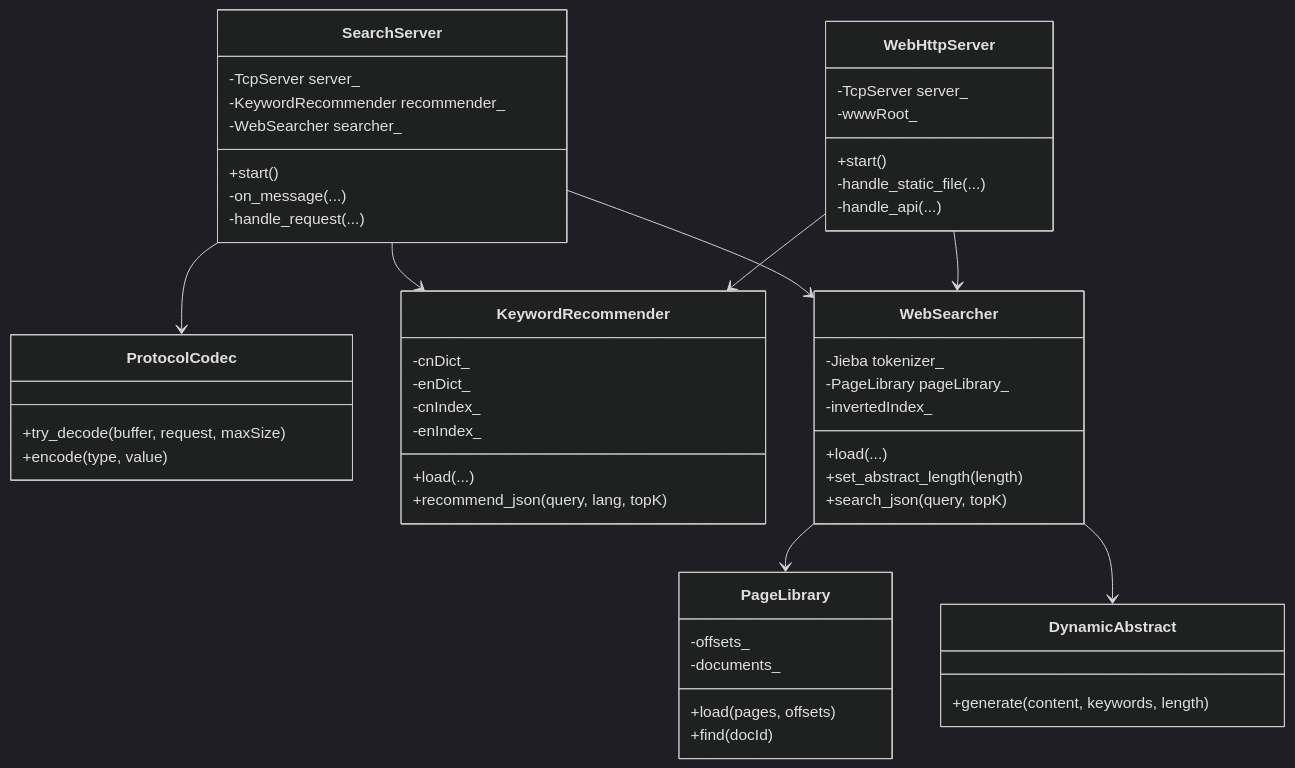
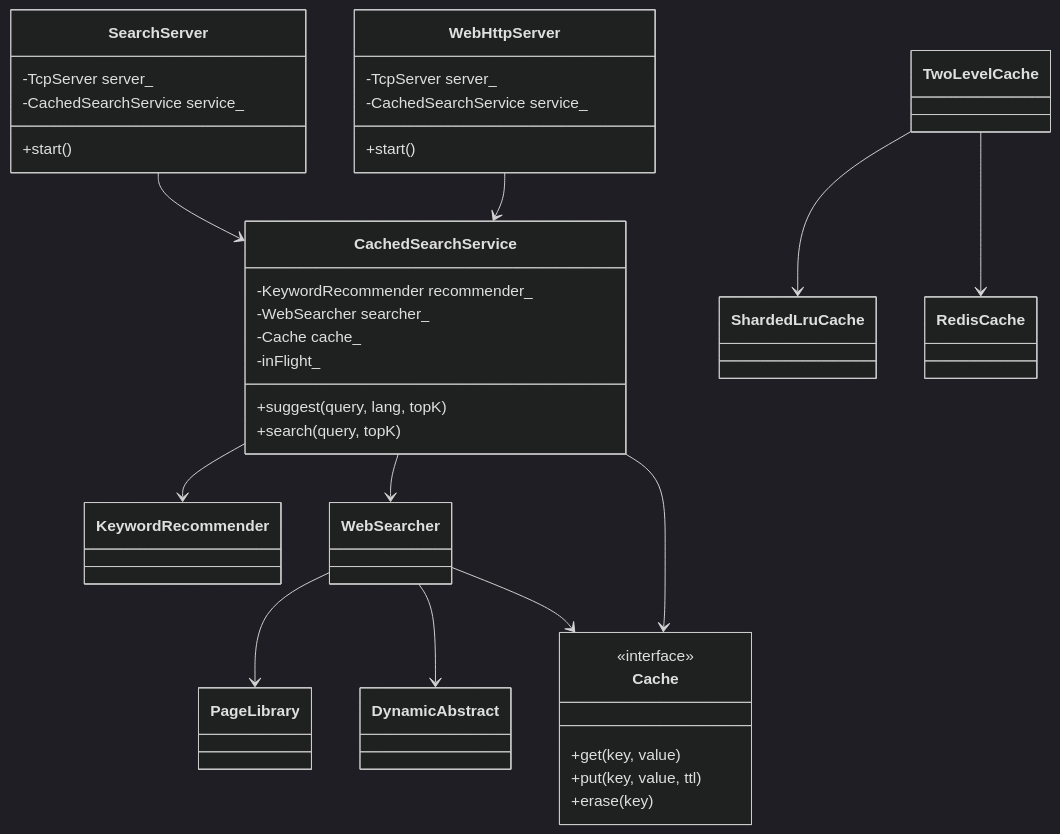
One commit to dijk4tra/Cpp_Advanced changed the fifth of 11 diagrams in 课件/07_搜索引擎项目/03_SearchEngine_V3/README.md. Above: the diagram before and after it, drawn with Mermaid (dark theme). The commit also changed other lines of this file and 80 other files, not shown here.

````diff
--- a/课件/07_搜索引擎项目/03_SearchEngine_V3/README.md
+++ b/课件/07_搜索引擎项目/03_SearchEngine_V3/README.md
@@ -398,61 +484,49 @@
 ```mermaid
 classDiagram
     class SearchServer {
         -TcpServer server_
-        -KeywordRecommender recommender_
-        -WebSearcher searcher_
+        -CachedSearchService service_
         +start()
-        -on_message(...)
-        -handle_request(...)
-    }
-
-    class ProtocolCodec {
-        +try_decode(buffer, request, maxSize)
-        +encode(type, value)
-    }
-
-    class KeywordRecommender {
-        -cnDict_
-        -enDict_
-        -cnIndex_
-        -enIndex_
-        +load(...)
-        +recommend_json(query, lang, topK)
-    }
-
-    class WebSearcher {
-        -Jieba tokenizer_
-        -PageLibrary pageLibrary_
-        -invertedIndex_
-        +load(...)
-        +set_abstract_length(length)
-        +search_json(query, topK)
-    }
-
-    class PageLibrary {
-        -offsets_
-        -documents_
-        +load(pages, offsets)
-        +find(docId)
-    }
-
-    class DynamicAbstract {
-        +generate(content, keywords, length)
     }
 
     class WebHttpServer {
         -TcpServer server_
-        -wwwRoot_
+        -CachedSearchService service_
         +start()
-        -handle_static_file(...)
-        -handle_api(...)
     }
 
-    SearchServer --> ProtocolCodec
-    SearchServer --> KeywordRecommender
-    SearchServer --> WebSearcher
-    WebHttpServer --> KeywordRecommender
-    WebHttpServer --> WebSearcher
+    class CachedSearchService {
+        -KeywordRecommender recommender_
+        -WebSearcher searcher_
+        -Cache cache_
+        -inFlight_
+        +suggest(query, lang, topK)
+        +search(query, topK)
+    }
+
+    class Cache {
+        <<interface>>
+        +get(key, value)
+        +put(key, value, ttl)
+        +erase(key)
+    }
+
+    class ShardedLruCache
+    class RedisCache
+    class TwoLevelCache
+    class KeywordRecommender
+    class WebSearcher
+    class PageLibrary
+    class DynamicAbstract
+
+    SearchServer --> CachedSearchService
+    WebHttpServer --> CachedSearchService
+    CachedSearchService --> KeywordRecommender
+    CachedSearchService --> WebSearcher
+    CachedSearchService --> Cache
+    TwoLevelCache --> ShardedLruCache
+    TwoLevelCache --> RedisCache
     WebSearcher --> PageLibrary
     WebSearcher --> DynamicAbstract
+    WebSearcher --> Cache
 ```
````
